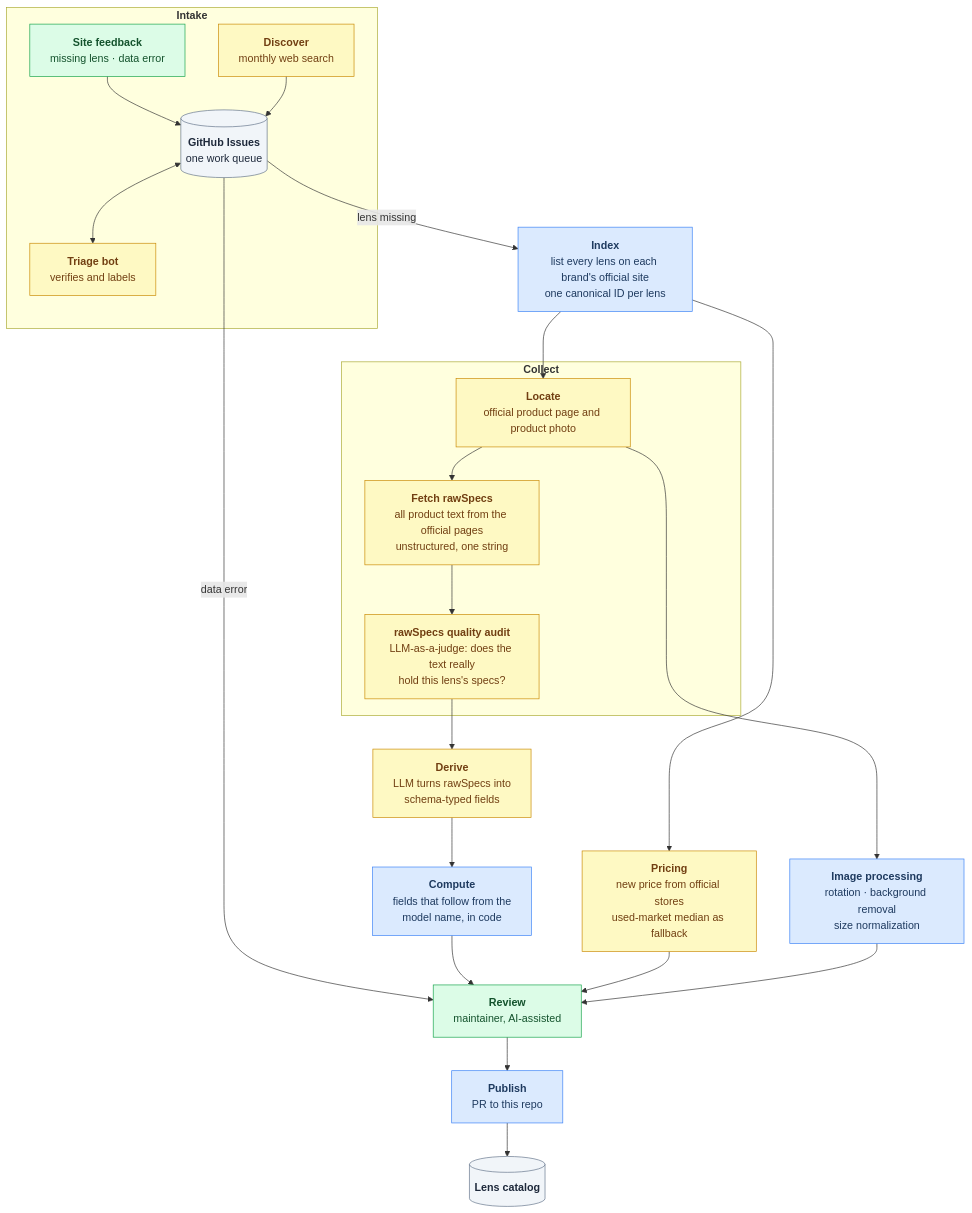
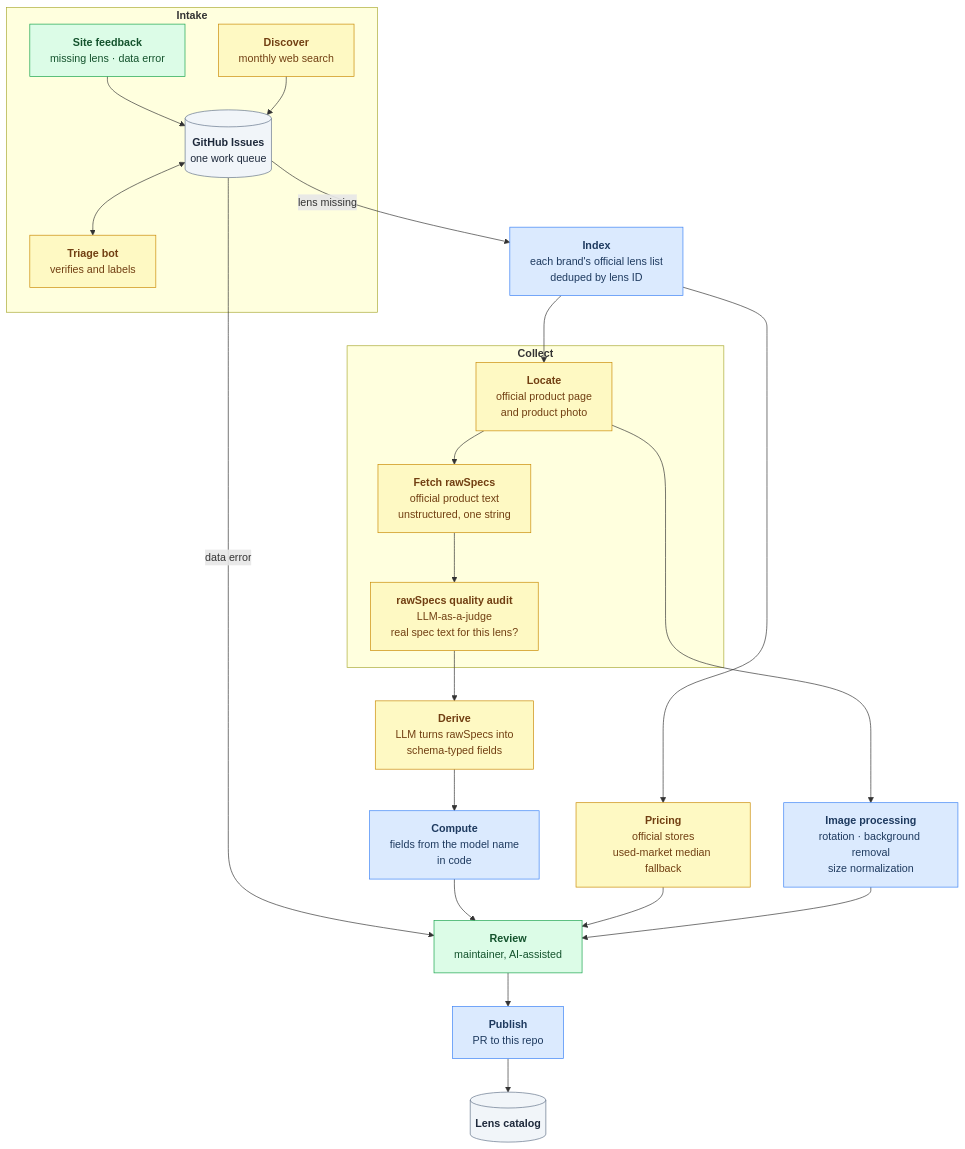
One commit to sentacraft/atlens changed the second of 3 diagrams in README.md. Above: the diagram before and after it, drawn with Mermaid.

Commit message:
docs: tighten pipeline stage descriptions to fit their boxes

````diff
--- a/README.md
+++ b/README.md
@@ -177,64 +177,65 @@
 ```mermaid
 flowchart TD
   subgraph intake["`**Intake**`"]
     FEED["`**Site feedback**
 missing lens · data error`"]
     DISC["`**Discover**
 monthly web search`"]
     ISSUES[("`**GitHub Issues**
 one work queue`")]
     TRI["`**Triage bot**
 verifies and labels`"]
   end
 
   IDX["`**Index**
-list every lens on each brand's official site
-one canonical ID per lens`"]
+each brand's official lens list
+deduped by lens ID`"]
   subgraph collect["`**Collect**`"]
     C1["`**Locate**
-official product page and product photo`"]
+official product page
+and product photo`"]
     C2["`**Fetch rawSpecs**
-all product text from the official pages
+official product text
 unstructured, one string`"]
     AUDIT["`**rawSpecs quality audit**
-LLM-as-a-judge: does the text really
-hold this lens's specs?`"]
+LLM-as-a-judge
+real spec text for this lens?`"]
   end
   DER["`**Derive**
 LLM turns rawSpecs into
 schema-typed fields`"]
   CMP["`**Compute**
-fields that follow from the
-model name, in code`"]
+fields from the model name
+in code`"]
   PRC["`**Pricing**
-new price from official stores
-used-market median as fallback`"]
+official stores
+used-market median fallback`"]
   IMG["`**Image processing**
 rotation · background removal
 size normalization`"]
   REV["`**Review**
 maintainer, AI-assisted`"]
   PUB["`**Publish**
 PR to this repo`"]
   DB[("`**Lens catalog**`")]
 
   FEED --> ISSUES
   DISC --> ISSUES
   ISSUES <--> TRI
   ISSUES -->|"lens missing"| IDX
   ISSUES -->|"data error"| REV
   IDX --> C1 --> C2 --> AUDIT --> DER --> CMP --> REV
   IDX --> PRC --> REV
   C1 --> IMG --> REV
   REV --> PUB --> DB
 
   classDef script fill:#dbeafe,stroke:#3b82f6,color:#1e3a5f
   classDef agent fill:#fef9c3,stroke:#ca8a04,color:#713f12
   classDef human fill:#dcfce7,stroke:#16a34a,color:#14532d
   classDef store fill:#f1f5f9,stroke:#64748b,color:#1e293b
 
   class IDX,CMP,IMG,PUB script
   class DISC,TRI,C1,C2,AUDIT,DER,PRC agent
   class FEED,REV human
   class ISSUES,DB store
 ```
````
